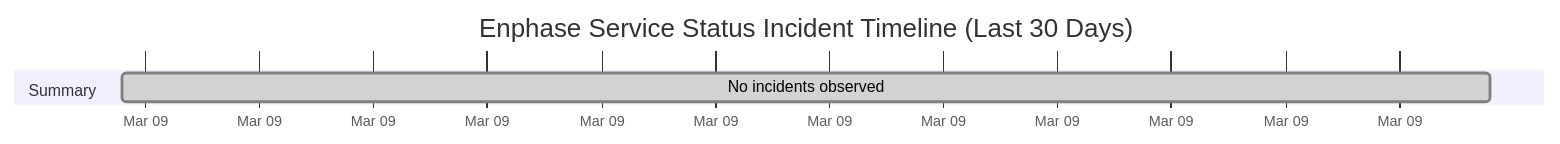
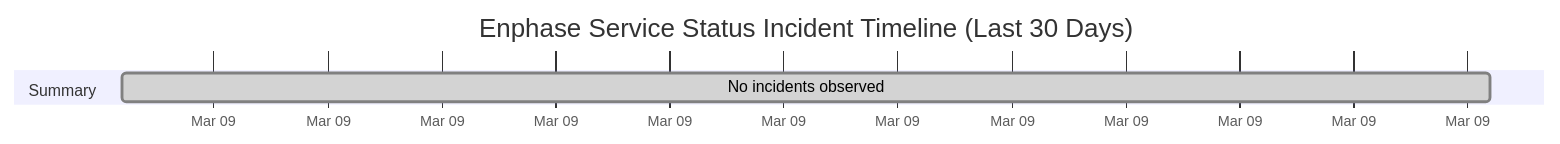
Before and after one commit to barneyonline/ha-enphase-ev-charger: the diagram in wiki/Service-Status-History.md, drawn with Mermaid. The commit also changed other lines of this file and 3 other files, not shown here.

````diff
--- a/wiki/Service-Status-History.md
+++ b/wiki/Service-Status-History.md
@@ -14,8 +14,8 @@
 ```mermaid
 gantt
     title Enphase Service Status Incident Timeline (Last 30 Days)
     dateFormat  YYYY-MM-DDTHH:mm:ss
     axisFormat  %b %d
     section Summary
-    No incidents observed :done, 2026-03-09T14:53:39, 1m
+    No incidents observed :done, 2026-03-09T15:49:21, 1m
 ```
````
